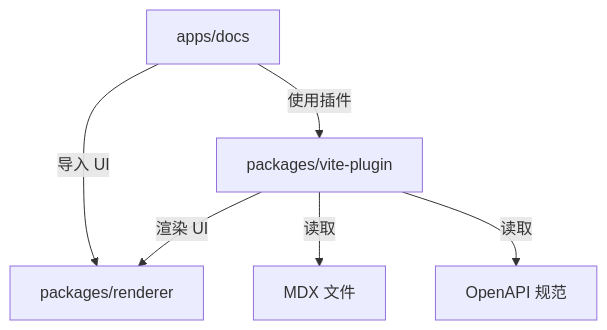
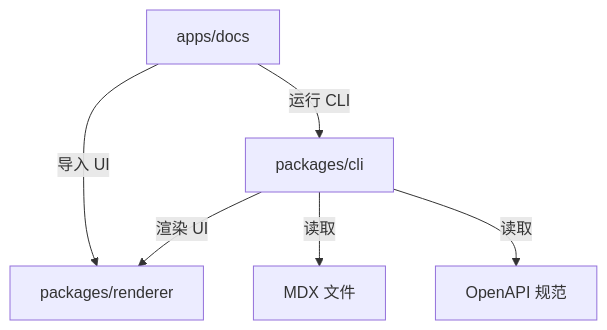
Before and after one commit to taicode-labs/clarify: the diagram in apps/docs/source/content/development/architecture.mdx, drawn with Mermaid. The commit also changed other lines of this file and 54 other files, not shown here.

````diff
--- a/apps/docs/source/content/development/architecture.mdx
+++ b/apps/docs/source/content/development/architecture.mdx
@@ -67,8 +68,8 @@
 ```mermaid
 graph TD
     A[apps/docs] -->|导入 UI| B[packages/renderer]
-    A -->|使用插件| C[packages/vite-plugin]
+    A -->|运行 CLI| C[packages/cli]
     C -->|渲染 UI| B
     C -->|读取| D[MDX 文件]
     C -->|读取| E[OpenAPI 规范]
 ```
````
